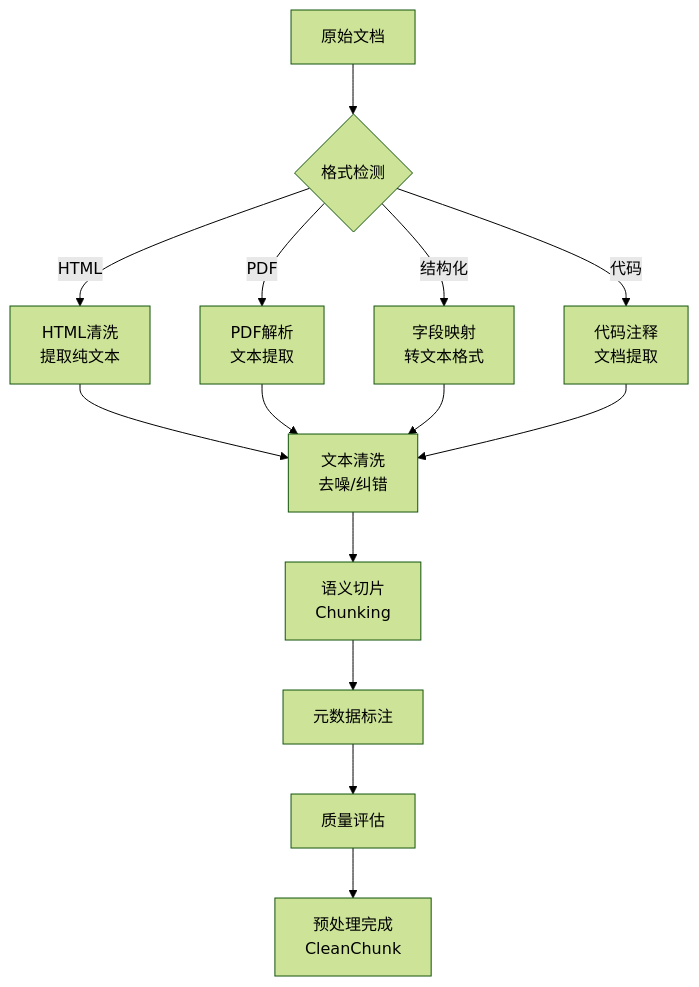
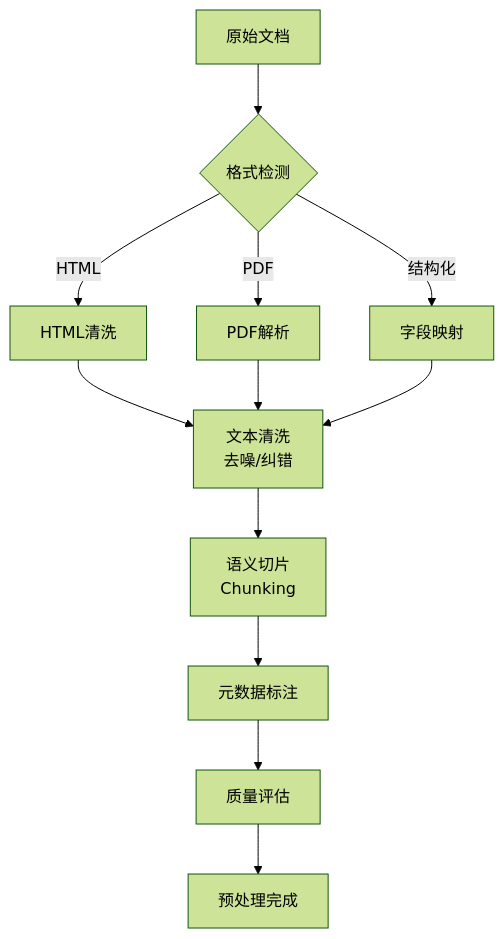
The third of 5 diagrams in agent/4RAG 检索增强生成/2RAG工作流程详解.md (mansteinr/note-book), drawn with Mermaid (forest theme) before and after one commit. The commit also changed other lines of this file and 1 other file, not shown here.

````diff
--- a/agent/4RAG 检索增强生成/2RAG工作流程详解.md
+++ b/agent/4RAG 检索增强生成/2RAG工作流程详解.md
@@ -230,13 +197,12 @@
 ```mermaid
 flowchart TD
     A[原始文档] --> B{格式检测}
-    B -->|HTML| C[HTML清洗<br/>提取纯文本]
-    B -->|PDF| D[PDF解析<br/>文本提取]
-    B -->|结构化| E[字段映射<br/>转文本格式]
-    B -->|代码| F[代码注释<br/>文档提取]
-    C & D & E & F --> G[文本清洗<br/>去噪/纠错]
-    G --> H[语义切片<br/>Chunking]
-    H --> I[元数据标注]
-    I --> J[质量评估]
-    J --> K[预处理完成<br/>CleanChunk]
+    B -->|HTML| C[HTML清洗]
+    B -->|PDF| D[PDF解析]
+    B -->|结构化| E[字段映射]
+    C & D & E --> F[文本清洗<br/>去噪/纠错]
+    F --> G[语义切片<br/>Chunking]
+    G --> H[元数据标注]
+    H --> I[质量评估]
+    I --> J[预处理完成]
 ```
````
